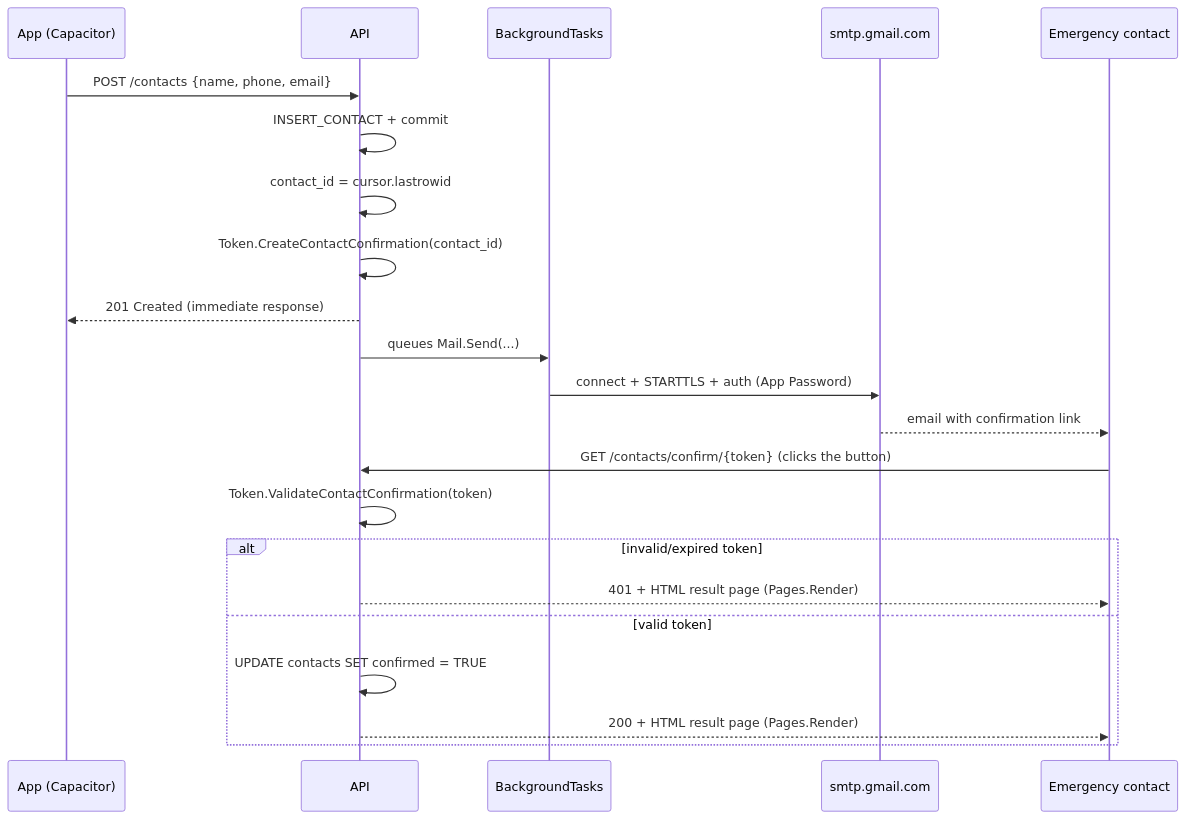
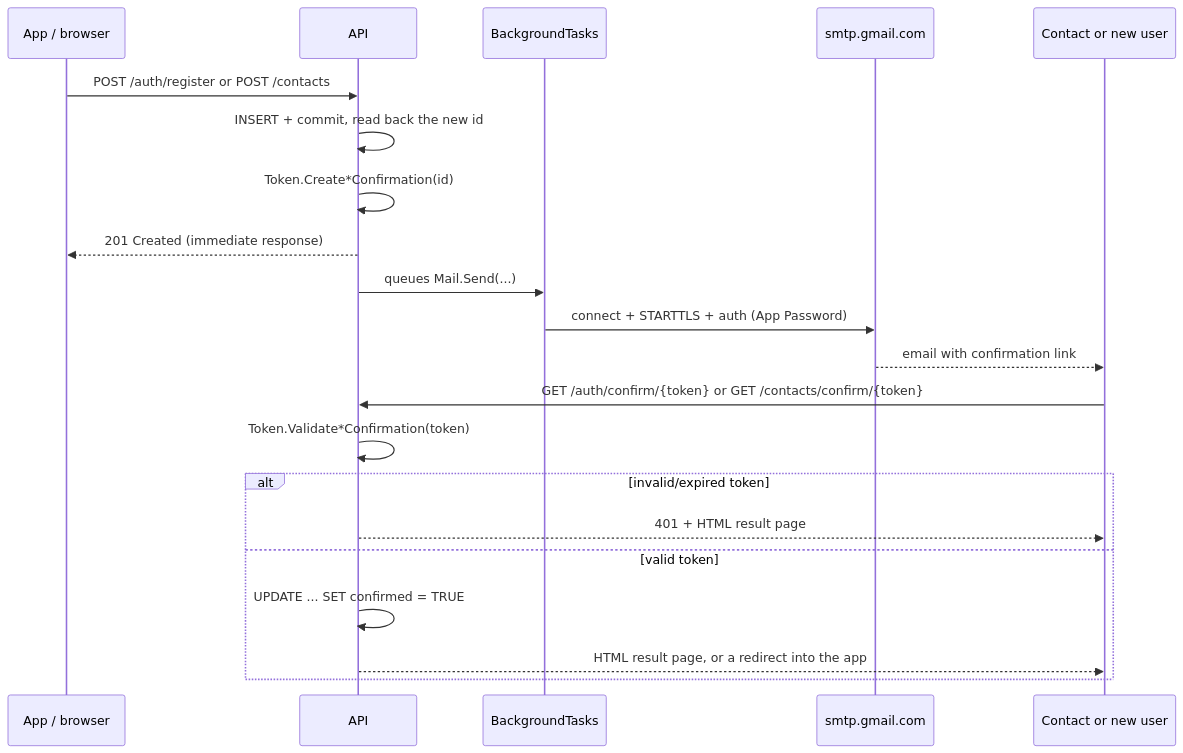
The first of 2 diagrams in docs/backend/mail.md (skellent/iOS-compiler), drawn with Mermaid before and after one commit. The commit also changed other lines of this file and 15 other files, not shown here.

````diff
--- a/docs/backend/mail.md
+++ b/docs/backend/mail.md
@@ -170,25 +124,24 @@
 ```mermaid
 sequenceDiagram
-    participant App as App (Capacitor)
+    participant App as App / browser
     participant API
     participant BG as BackgroundTasks
     participant SMTP as smtp.gmail.com
-    participant Contact as Emergency contact
+    participant Person as Contact or new user
 
-    App->>API: POST /contacts {name, phone, email}
-    API->>API: INSERT_CONTACT + commit
-    API->>API: contact_id = cursor.lastrowid
-    API->>API: Token.CreateContactConfirmation(contact_id)
+    App->>API: POST /auth/register or POST /contacts
+    API->>API: INSERT + commit, read back the new id
+    API->>API: Token.Create*Confirmation(id)
     API-->>App: 201 Created (immediate response)
     API->>BG: queues Mail.Send(...)
     BG->>SMTP: connect + STARTTLS + auth (App Password)
-    SMTP-->>Contact: email with confirmation link
-    Contact->>API: GET /contacts/confirm/{token} (clicks the button)
-    API->>API: Token.ValidateContactConfirmation(token)
+    SMTP-->>Person: email with confirmation link
+    Person->>API: GET /auth/confirm/{token} or GET /contacts/confirm/{token}
+    API->>API: Token.Validate*Confirmation(token)
     alt invalid/expired token
-        API-->>Contact: 401 + HTML result page (Pages.Render)
+        API-->>Person: 401 + HTML result page
     else valid token
-        API->>API: UPDATE contacts SET confirmed = TRUE
-        API-->>Contact: 200 + HTML result page (Pages.Render)
+        API->>API: UPDATE ... SET confirmed = TRUE
+        API-->>Person: HTML result page, or a redirect into the app
     end
 ```
````
